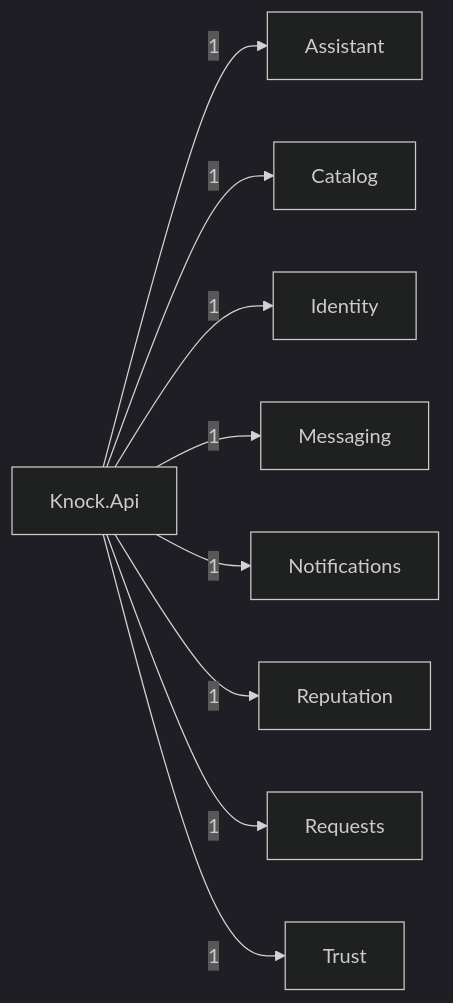
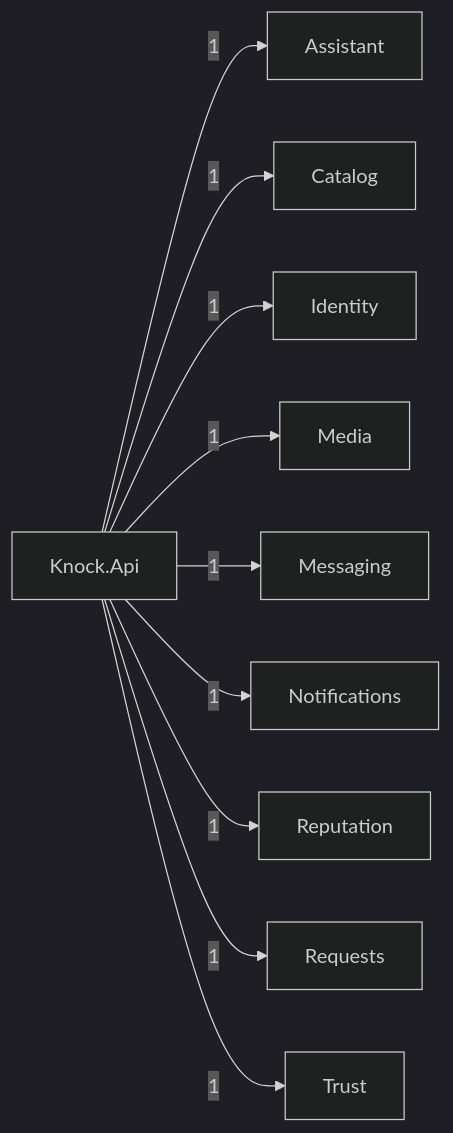
One commit to JulianH2/knock-backend changed the diagram in docs/architecture/modules.mmd. Above: the diagram before and after it, drawn with Mermaid (dark theme). The commit also changed 41 other files, not shown here.

```diff
--- a/docs/architecture/modules.mmd
+++ b/docs/architecture/modules.mmd
@@ -1,18 +1,20 @@
 graph LR
   Assistant["Assistant"]
   Catalog["Catalog"]
   Identity["Identity"]
   Knock_Api["Knock.Api"]
+  Media["Media"]
   Messaging["Messaging"]
   Notifications["Notifications"]
   Reputation["Reputation"]
   Requests["Requests"]
   Trust["Trust"]
   Knock_Api -->|1| Assistant
   Knock_Api -->|1| Catalog
   Knock_Api -->|1| Identity
+  Knock_Api -->|1| Media
   Knock_Api -->|1| Messaging
   Knock_Api -->|1| Notifications
   Knock_Api -->|1| Reputation
   Knock_Api -->|1| Requests
   Knock_Api -->|1| Trust
```
